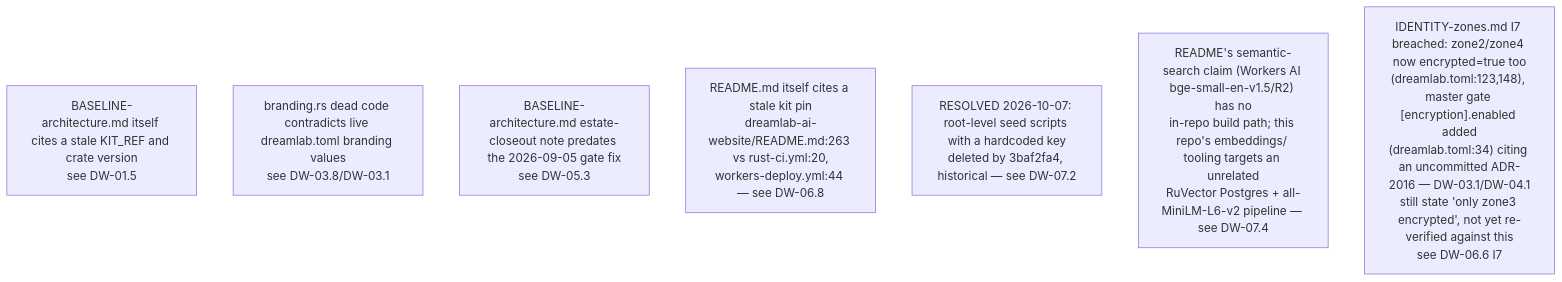
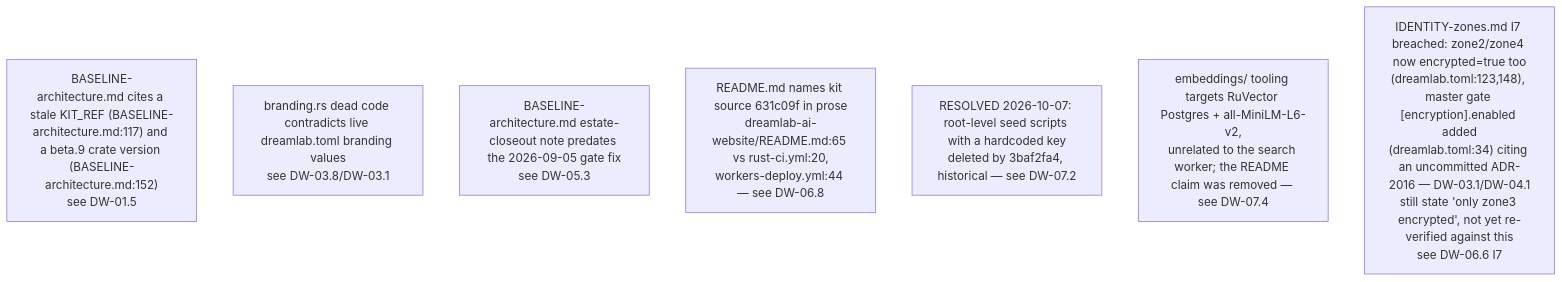
Before and after one commit to DreamLab-AI/VisionFlow: the sixth of 7 diagrams in docs/diagrams/dreamlab-ai-website/06-content-pipeline-and-invariants-register.md, drawn with Mermaid. The commit also changed other lines of this file and 160 other files, not shown here.

````diff
--- a/docs/diagrams/dreamlab-ai-website/06-content-pipeline-and-invariants-register.md
+++ b/docs/diagrams/dreamlab-ai-website/06-content-pipeline-and-invariants-register.md
@@ -117,10 +122,10 @@
 ```mermaid
 flowchart TB
-    D9["BASELINE-architecture.md itself cites a stale KIT_REF and crate version<br/>see DW-01.5"]
+    D9["BASELINE-architecture.md cites a stale KIT_REF (BASELINE-architecture.md:117) and a beta.9 crate version (BASELINE-architecture.md:152)<br/>see DW-01.5"]
     D10["branding.rs dead code contradicts live dreamlab.toml branding values<br/>see DW-03.8/DW-03.1"]
     D11["BASELINE-architecture.md estate-closeout note predates the 2026-09-05 gate fix<br/>see DW-05.3"]
-    D12["README.md itself cites a stale kit pin<br/>dreamlab-ai-website/README.md:263 vs rust-ci.yml:20,<br/>workers-deploy.yml:44 — see DW-06.8"]
+    D12["README.md names kit source 631c09f in prose<br/>dreamlab-ai-website/README.md:65 vs rust-ci.yml:20,<br/>workers-deploy.yml:44 — see DW-06.8"]
     D13["RESOLVED 2026-10-07: root-level seed scripts with a hardcoded key<br/>deleted by 3baf2fa4, historical — see DW-07.2"]
-    D14["README's semantic-search claim (Workers AI bge-small-en-v1.5/R2) has no<br/>in-repo build path; this repo's embeddings/ tooling targets an unrelated<br/>RuVector Postgres + all-MiniLM-L6-v2 pipeline — see DW-07.4"]
+    D14["embeddings/ tooling targets RuVector Postgres + all-MiniLM-L6-v2,<br/>unrelated to the search worker; the README claim was removed — see DW-07.4"]
     D15["IDENTITY-zones.md I7 breached: zone2/zone4 now encrypted=true too<br/>(dreamlab.toml:123,148), master gate [encryption].enabled added<br/>(dreamlab.toml:34) citing an uncommitted ADR-2016 — DW-03.1/DW-04.1<br/>still state 'only zone3 encrypted', not yet re-verified against this<br/>see DW-06.6 I7"]
 ```
````
